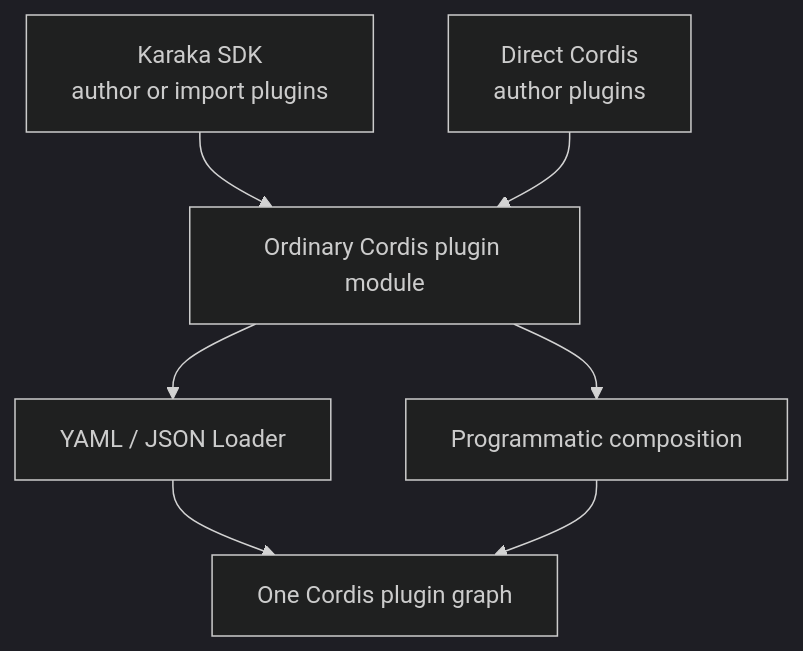
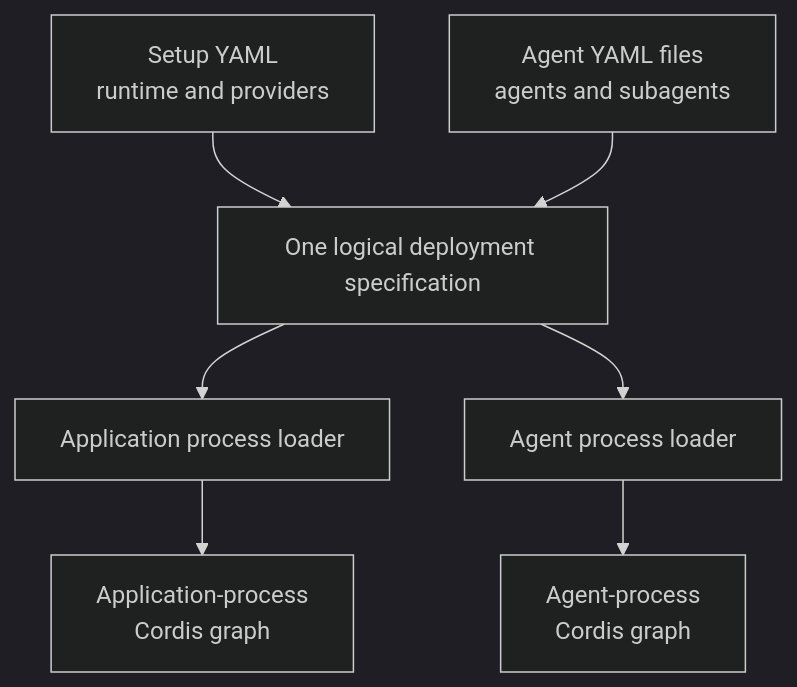
Before and after one commit to karaka-ai/karaka: the first of 6 diagrams in docs/architecture.md, drawn with Mermaid (dark theme). The commit also changed other lines of this file and 2 other files, not shown here.

Commit message:
docs: clarify agent runtime architecture

````diff
--- a/docs/architecture.md
+++ b/docs/architecture.md
@@ -21,16 +26,17 @@
 ```mermaid
 flowchart TB
-  SDK["Karaka SDK<br/>author or import plugins"]
-  Direct["Direct Cordis<br/>author plugins"]
-  Module["Ordinary Cordis plugin module"]
-  Config["YAML / JSON Loader"]
-  Code["Programmatic composition"]
-  Graph["One Cordis plugin graph"]
+  Setup["Setup YAML<br/>runtime and providers"]
+  Agents["Agent YAML files<br/>agents and subagents"]
+  Spec["One logical deployment specification"]
+  AppLoader["Application process loader"]
+  AgentLoader["Agent process loader"]
+  AppGraph["Application-process<br/>Cordis graph"]
+  AgentGraph["Agent-process<br/>Cordis graph"]
 
-  SDK --> Module
-  Direct --> Module
-  Module --> Config
-  Module --> Code
-  Config --> Graph
-  Code --> Graph
+  Setup --> Spec
+  Agents --> Spec
+  Spec --> AppLoader
+  Spec --> AgentLoader
+  AppLoader --> AppGraph
+  AgentLoader --> AgentGraph
 ```
````
